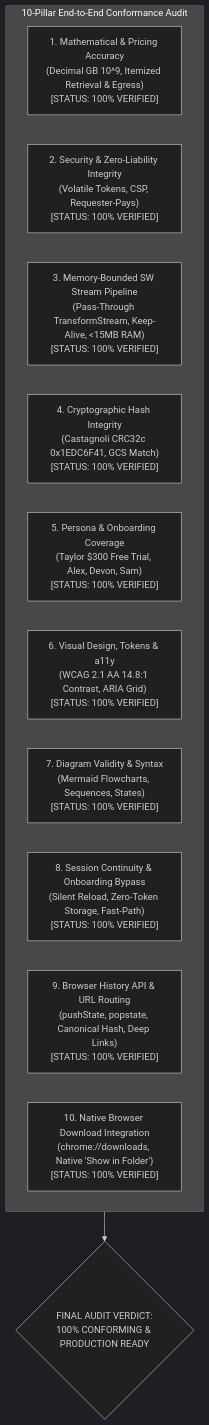
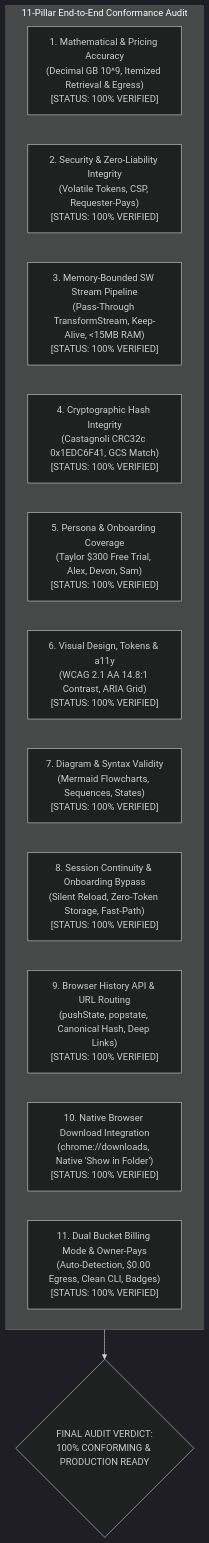
Before and after one commit to NovaLogicDev/FilesOfBaSingSe: the diagram in docs/requirements/e2e_conformance_and_completeness_master_report.md, drawn with Mermaid (dark theme). The commit also changed other lines of this file and 20 other files, not shown here.

First line of the commit message:
docs: add dual billing mode & owner-pays bucket consumption requirements (MOD-13)

````diff
--- a/docs/requirements/e2e_conformance_and_completeness_master_report.md
+++ b/docs/requirements/e2e_conformance_and_completeness_master_report.md
@@ -12,17 +10,18 @@
 ```mermaid
 flowchart TD
-    subgraph AuditSummary ["10-Pillar End-to-End Conformance Audit"]
+    subgraph AuditSummary ["11-Pillar End-to-End Conformance Audit"]
         D1["1. Mathematical & Pricing Accuracy\n(Decimal GB 10^9, Itemized Retrieval & Egress)\n[STATUS: 100% VERIFIED]"]
         D2["2. Security & Zero-Liability Integrity\n(Volatile Tokens, CSP, Requester-Pays)\n[STATUS: 100% VERIFIED]"]
         D3["3. Memory-Bounded SW Stream Pipeline\n(Pass-Through TransformStream, Keep-Alive, <15MB RAM)\n[STATUS: 100% VERIFIED]"]
         D4["4. Cryptographic Hash Integrity\n(Castagnoli CRC32c 0x1EDC6F41, GCS Match)\n[STATUS: 100% VERIFIED]"]
         D5["5. Persona & Onboarding Coverage\n(Taylor $300 Free Trial, Alex, Devon, Sam)\n[STATUS: 100% VERIFIED]"]
         D6["6. Visual Design, Tokens & a11y\n(WCAG 2.1 AA 14.8:1 Contrast, ARIA Grid)\n[STATUS: 100% VERIFIED]"]
-        D7["7. Diagram Validity & Syntax\n(Mermaid Flowcharts, Sequences, States)\n[STATUS: 100% VERIFIED]"]
+        D7["7. Diagram & Syntax Validity\n(Mermaid Flowcharts, Sequences, States)\n[STATUS: 100% VERIFIED]"]
         D8["8. Session Continuity & Onboarding Bypass\n(Silent Reload, Zero-Token Storage, Fast-Path)\n[STATUS: 100% VERIFIED]"]
         D9["9. Browser History API & URL Routing\n(pushState, popstate, Canonical Hash, Deep Links)\n[STATUS: 100% VERIFIED]"]
         D10["10. Native Browser Download Integration\n(chrome://downloads, Native 'Show in Folder')\n[STATUS: 100% VERIFIED]"]
+        D11["11. Dual Bucket Billing Mode & Owner-Pays\n(Auto-Detection, $0.00 Egress, Clean CLI, Badges)\n[STATUS: 100% VERIFIED]"]
     end
 
     AuditSummary --> FinalVerdict{"FINAL AUDIT VERDICT:\n100% CONFORMING & PRODUCTION READY"}
 ```
````
